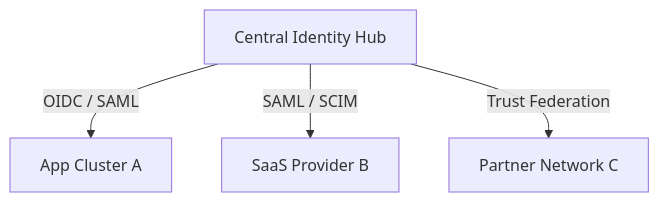
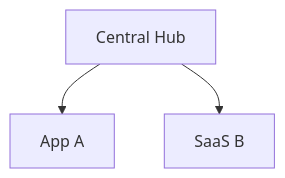
Before and after one commit to Devopstrio/identity-landingzone: the fourth of 30 diagrams in README.md, drawn with Mermaid. The commit also changed other lines of this file, not shown here.

Commit message:
docs: expand README with 30+ architectural diagrams

````diff
--- a/README.md
+++ b/README.md
@@ -123,11 +54,5 @@
 ```mermaid
 graph TD
-    Hub[Central Identity Hub]
-    Spoke1[App Cluster A]
-    Spoke2[SaaS Provider B]
-    Spoke3[Partner Network C]
-    
-    Hub -- "OIDC / SAML" --> Spoke1
-    Hub -- "SAML / SCIM" --> Spoke2
-    Hub -- "Trust Federation" --> Spoke3
+    Hub[Central Hub] --> S1[App A]
+    Hub --> S2[SaaS B]
 ```
````
